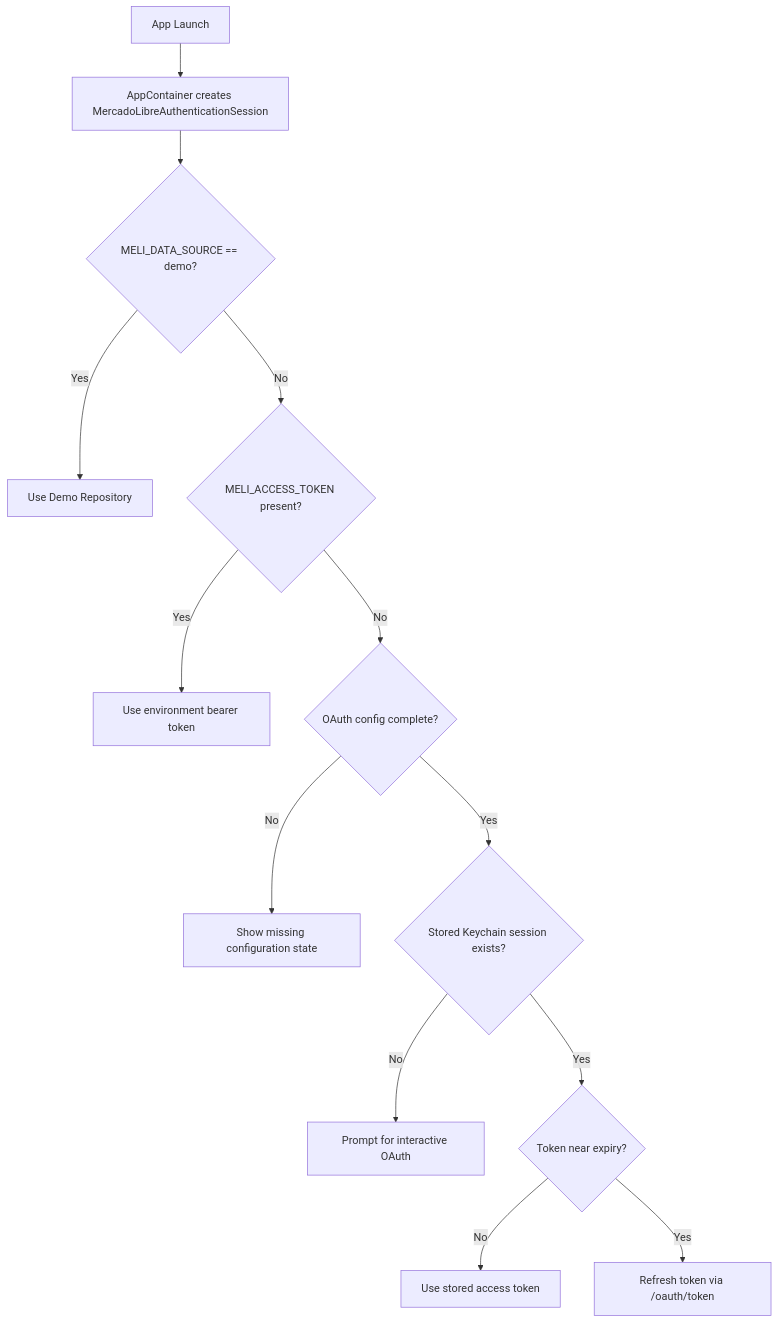
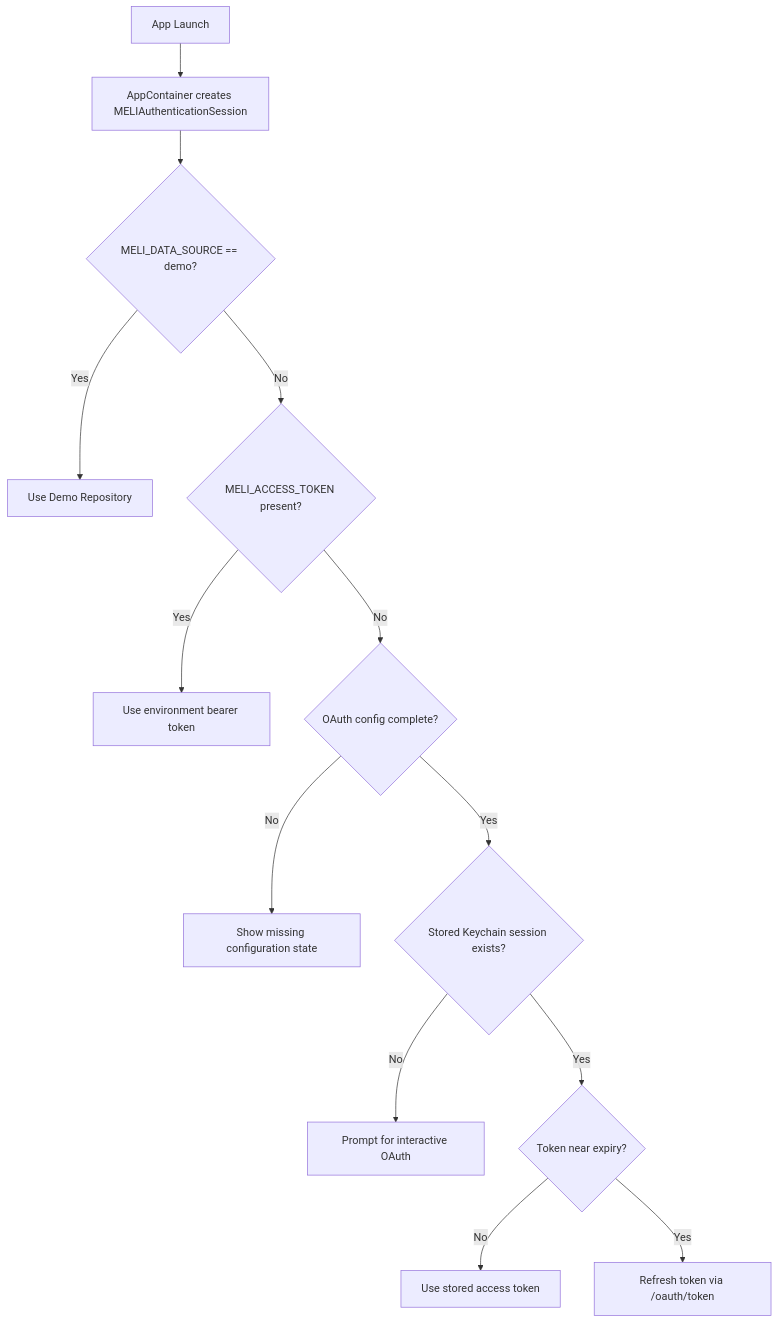
One commit to jdocampom/MercadoLibre-Search changed the first of 6 diagrams in README.md. Above: the diagram before and after it, drawn with Mermaid. The commit also changed other lines of this file and 18 other files, not shown here.

Commit message:
Remove PKCE from MELI OAuth flow and add /users/me session validation

````diff
--- a/README.md
+++ b/README.md
@@ -38,15 +39,15 @@
 ```mermaid
 flowchart TD
-    A["App Launch"] --> B["AppContainer creates MercadoLibreAuthenticationSession"]
+    A["App Launch"] --> B["AppContainer creates MELIAuthenticationSession"]
     B --> C{"MELI_DATA_SOURCE == demo?"}
     C -- Yes --> D["Use Demo Repository"]
     C -- No --> E{"MELI_ACCESS_TOKEN present?"}
     E -- Yes --> F["Use environment bearer token"]
     E -- No --> G{"OAuth config complete?"}
     G -- No --> H["Show missing configuration state"]
     G -- Yes --> I{"Stored Keychain session exists?"}
     I -- No --> J["Prompt for interactive OAuth"]
     I -- Yes --> K{"Token near expiry?"}
     K -- No --> L["Use stored access token"]
     K -- Yes --> M["Refresh token via /oauth/token"]
 ```
````
